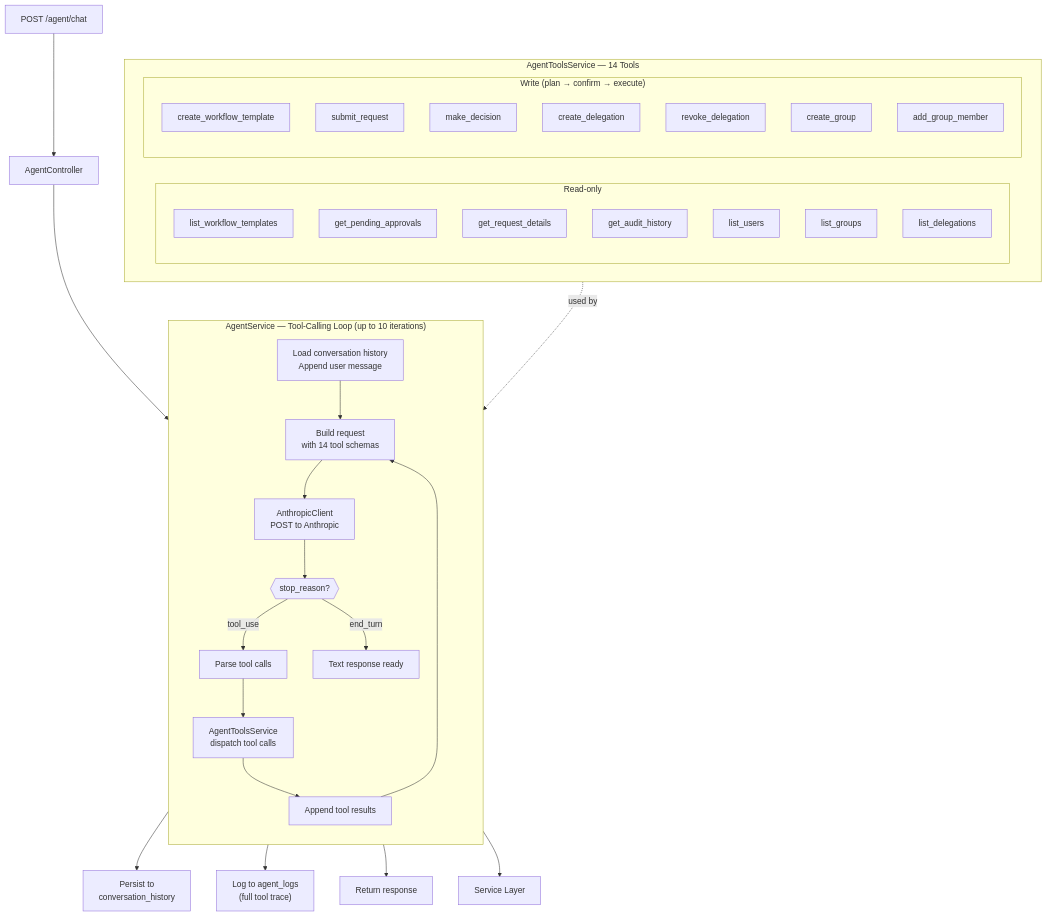
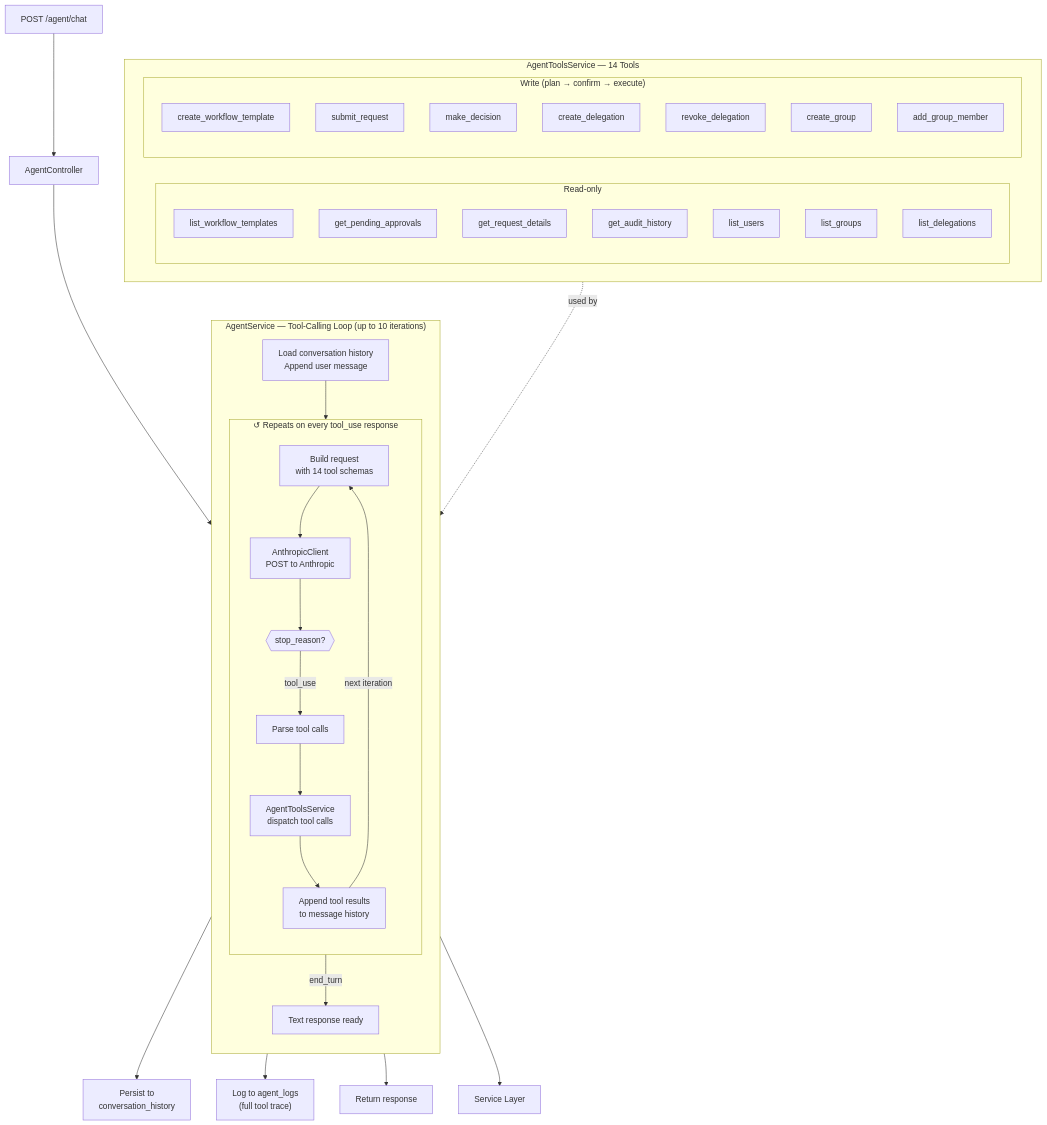
One commit to yan-wang-home/ascend-workflow-engine changed the second of 8 diagrams in DIAGRAMS.md. Above: the diagram before and after it, drawn with Mermaid. The commit also changed other lines of this file and 1 other file, not shown here.

````diff
--- a/DIAGRAMS.md
+++ b/DIAGRAMS.md
@@ -129,51 +120,57 @@
 ```mermaid
 flowchart TD
     A["POST /agent/chat"]
 
     A --> B["AgentController"]
 
     B --> C
 
     subgraph Loop["AgentService — Tool-Calling Loop (up to 10 iterations)"]
         direction TB
         C["Load conversation history\nAppend user message"]
-        C --> D["Build request\nwith 14 tool schemas"]
-        D --> E["AnthropicClient\nPOST to Anthropic"]
-        E --> F{{"stop_reason?"}}
-        F -->|"tool_use"| G["Parse tool calls"]
-        G --> H["AgentToolsService\ndispatch tool calls"]
-        H --> I["Append tool results"]
-        I --> D
+        C --> D
+
+        subgraph Iter["↺  Repeats on every tool_use response"]
+            direction TB
+            D["Build request\nwith 14 tool schemas"]
+            D --> E["AnthropicClient\nPOST to Anthropic"]
+            E --> F{{"stop_reason?"}}
+            F -->|"tool_use"| G["Parse tool calls"]
+            G --> H["AgentToolsService\ndispatch tool calls"]
+            H --> I["Append tool results\nto message history"]
+            I -->|"next iteration"| D
+        end
+
         F -->|"end_turn"| J["Text response ready"]
     end
 
     J --> K["Persist to\nconversation_history"]
     J --> L["Log to agent_logs\n(full tool trace)"]
     J --> M["Return response"]
 
     subgraph Tools["AgentToolsService — 14 Tools"]
         direction LR
         subgraph Read["Read-only"]
             R1["list_workflow_templates"]
             R2["get_pending_approvals"]
             R3["get_request_details"]
             R4["get_audit_history"]
             R5["list_users"]
             R6["list_groups"]
             R7["list_delegations"]
         end
         subgraph Write["Write (plan → confirm → execute)"]
             W1["create_workflow_template"]
             W2["submit_request"]
             W3["make_decision"]
             W4["create_delegation"]
             W5["revoke_delegation"]
             W6["create_group"]
             W7["add_group_member"]
         end
     end
 
     H --> SvcLayer["Service Layer"]
 
     Tools -.->|"used by"| H
 ```
````
